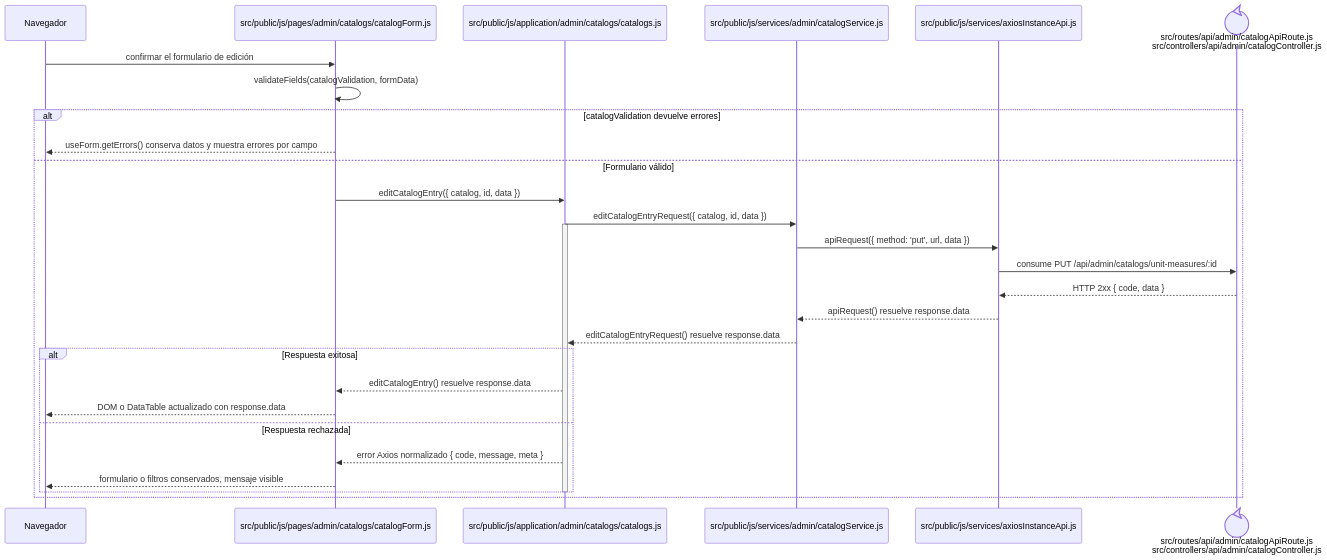
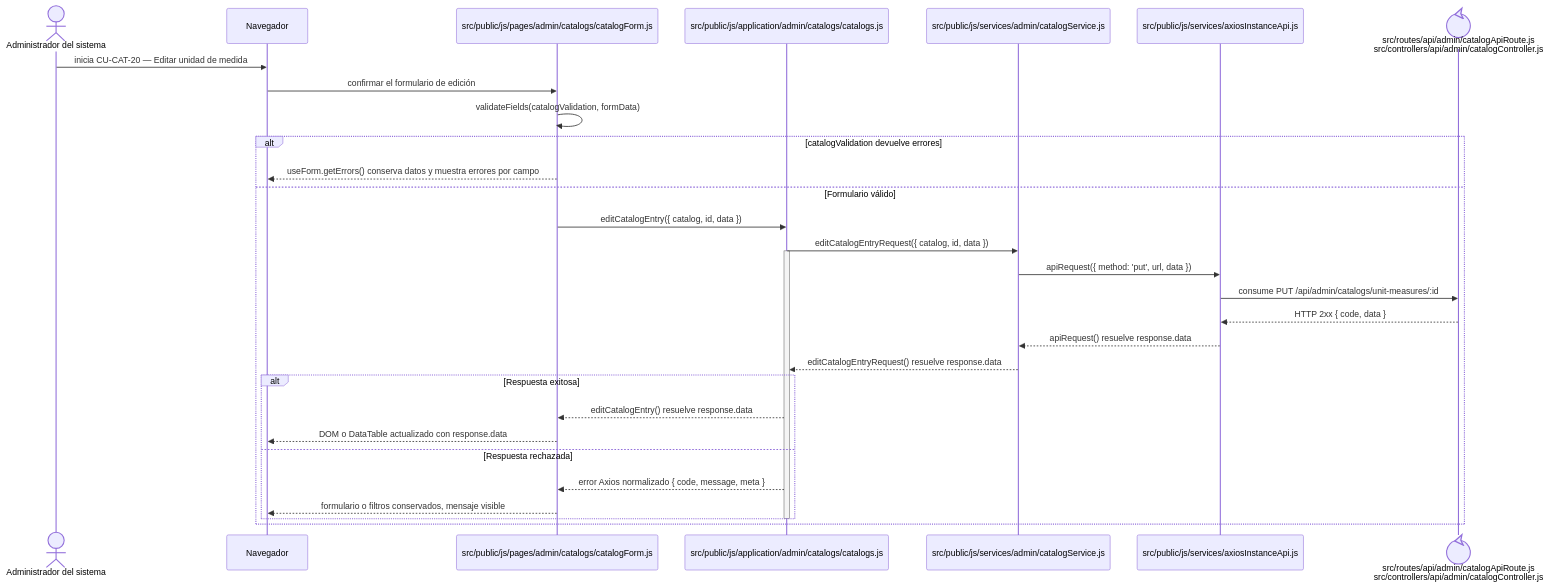
One commit to gpgsistemas01/nexus changed the diagram in docs/architecture/frontend-code-sequences/catalogs/cu-cat-20.md. Above: the diagram before and after it, drawn with Mermaid. The commit also changed 105 other files, not shown here.

````diff
--- a/docs/architecture/frontend-code-sequences/catalogs/cu-cat-20.md
+++ b/docs/architecture/frontend-code-sequences/catalogs/cu-cat-20.md
@@ -6,32 +6,34 @@
 ```mermaid
 sequenceDiagram
+    actor Initiator as Administrador del sistema
     participant Browser as Navegador
     participant View as src/public/js/pages/admin/catalogs/catalogForm.js
     participant Application as src/public/js/application/admin/catalogs/catalogs.js
     participant Request as src/public/js/services/admin/catalogService.js
     participant HTTP as src/public/js/services/axiosInstanceApi.js
     participant Transport@{ "type": "control" } as src/routes/api/admin/catalogApiRoute.js<br/>src/controllers/api/admin/catalogController.js
 
+    Initiator->>Browser: inicia CU-CAT-20 — Editar unidad de medida
     Browser->>View: confirmar el formulario de edición
     View->>View: validateFields(catalogValidation, formData)
     alt catalogValidation devuelve errores
         View-->>Browser: useForm.getErrors() conserva datos y muestra errores por campo
     else Formulario válido
         View->>Application: editCatalogEntry({ catalog, id, data })
         Application->>Request: editCatalogEntryRequest({ catalog, id, data })
         activate Application
         Request->>HTTP: apiRequest({ method: 'put', url, data })
         HTTP->>Transport: consume PUT /api/admin/catalogs/unit-measures/:id
         Transport-->>HTTP: HTTP 2xx { code, data }
         HTTP-->>Request: apiRequest() resuelve response.data
         Request-->>Application: editCatalogEntryRequest() resuelve response.data
         alt Respuesta exitosa
             Application-->>View: editCatalogEntry() resuelve response.data
             View-->>Browser: DOM o DataTable actualizado con response.data
         else Respuesta rechazada
             Application-->>View: error Axios normalizado { code, message, meta }
             View-->>Browser: formulario o filtros conservados, mensaje visible
         end
         deactivate Application
     end
 ```
````
